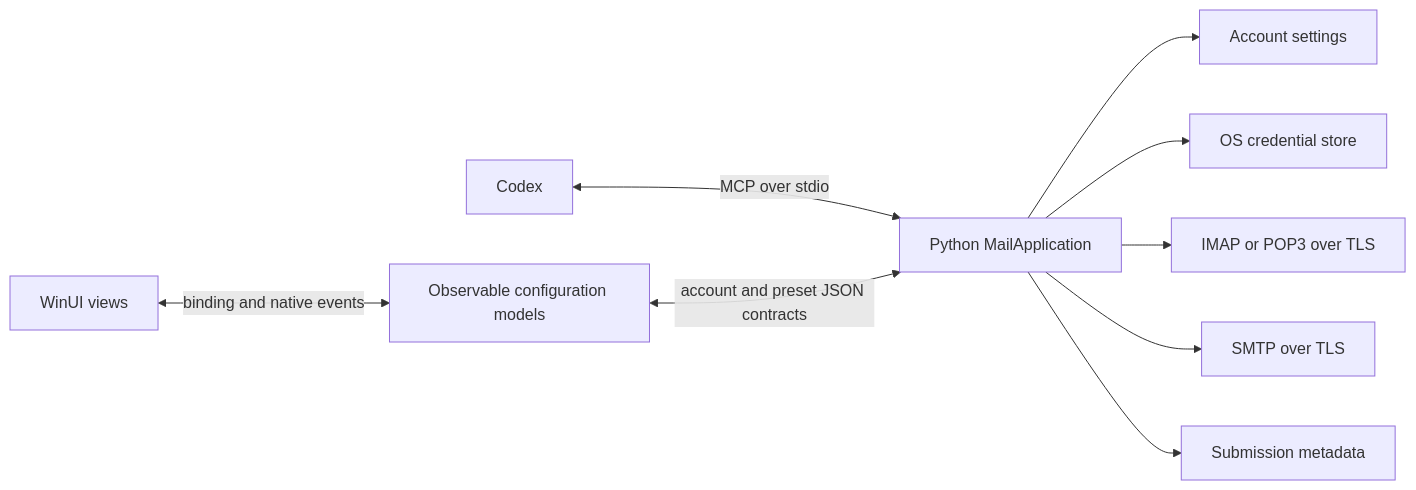
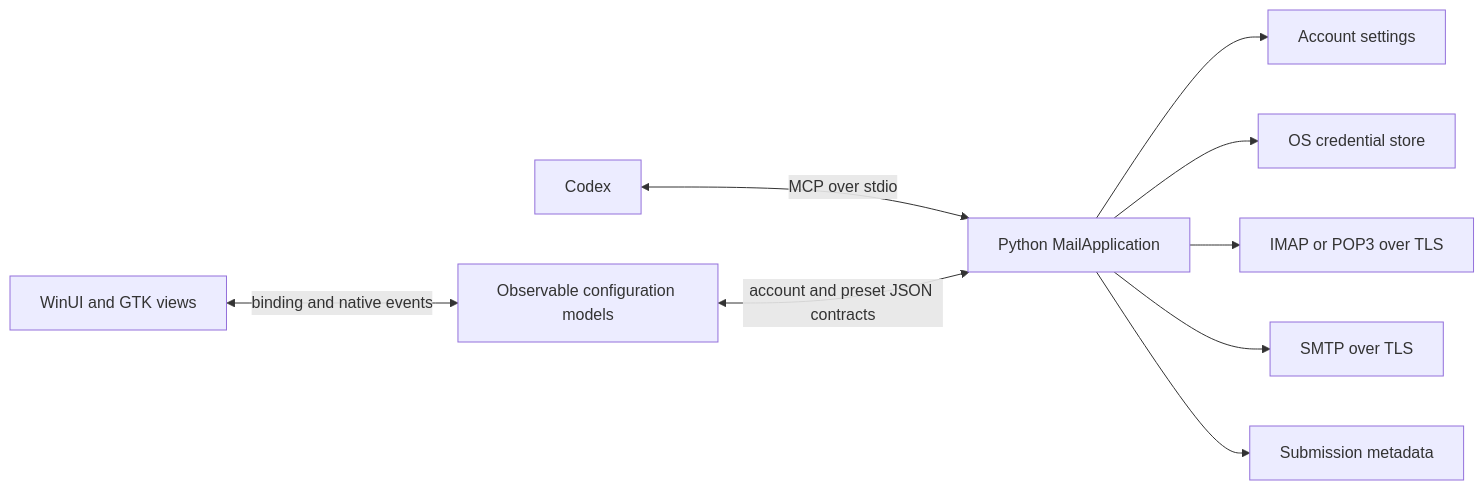
One commit to umbertotechnopreneur/AgentInbox changed the diagram in docs/ARCHITECTURE.md. Above: the diagram before and after it, drawn with Mermaid. The commit also changed other lines of this file and 56 other files, not shown here.

````diff
--- a/docs/ARCHITECTURE.md
+++ b/docs/ARCHITECTURE.md
@@ -5,11 +5,11 @@
 ```mermaid
 flowchart LR
     Codex <-->|MCP over stdio| Engine[Python MailApplication]
-    Setup[WinUI views] <-->|binding and native events| Model[Observable configuration models]
+    Setup[WinUI and GTK views] <-->|binding and native events| Model[Observable configuration models]
     Model <-->|account and preset JSON contracts| Engine
     Engine --> Settings[Account settings]
     Engine --> Credentials[OS credential store]
     Engine --> Incoming[IMAP or POP3 over TLS]
     Engine --> SMTP[SMTP over TLS]
     Engine --> Ledger[Submission metadata]
 ```
````
